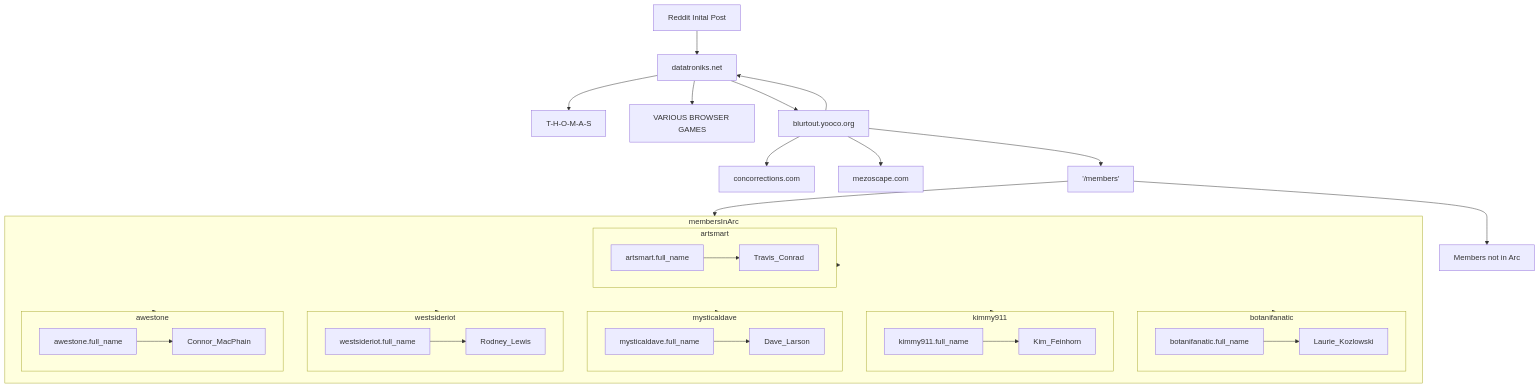
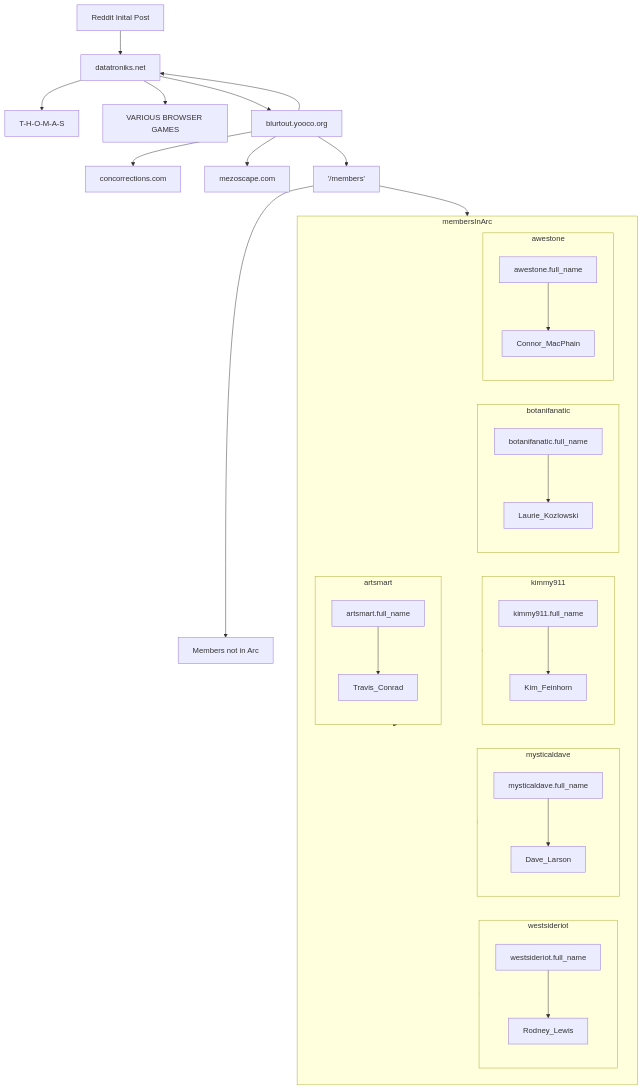
Before and after one commit to d-brtn/datatroniks_arg_data: the diagram in overview.md, drawn with Mermaid.

````diff
--- a/overview.md
+++ b/overview.md
@@ -3,58 +3,60 @@
 ```mermaid
     flowchart TD
     A[Reddit Inital Post<a href=//reddit.com/r/ARG/comments/150eswe/found_this_on_a_lamppost_think_someone_is_trying/> ] --> B[datatroniks.net];
     B[datatroniks.net] --> C[T-H-O-M-A-S]
     B[datatroniks.net] --> D[VARIOUS BROWSER GAMES];
     
     B[datatroniks.net] --> blurtout[blurtout.yooco.org];
     
     blurtout --> F[concorrections.com];
     blurtout --> B;
     blurtout --> G[mezoscape.com];
     blurtout --> members['/members'];
     
     
     members --> membersInArc[Members in Arc];
     members --> players[Members not in Arc];
     
     
     
     membersInArc --> artsmart;
     membersInArc --> awestone;
     
     membersInArc --> botanifanatic;
     subgraph membersInArc;
+    direction LR
+
         subgraph botanifanatic
             botanifanatic.full_name--> Laurie_Kozlowski
         end
 
         subgraph kimmy911
             kimmy911.full_name--> Kim_Feinhorn
         end
 
         subgraph mysticaldave
             mysticaldave.full_name--> Dave_Larson
         end
 
         subgraph westsideriot
             westsideriot.full_name--> Rodney_Lewis
         end
 
         subgraph awestone
             awestone.full_name--> Connor_MacPhain
         end
 
         subgraph artsmart
             artsmart.full_name-->  Travis_Conrad
         end
     end
 
 
 
 
     membersInArc --> kimmy911
     membersInArc --> mysticaldave
     membersInArc --> westsideriot
 
 
 ```
````
